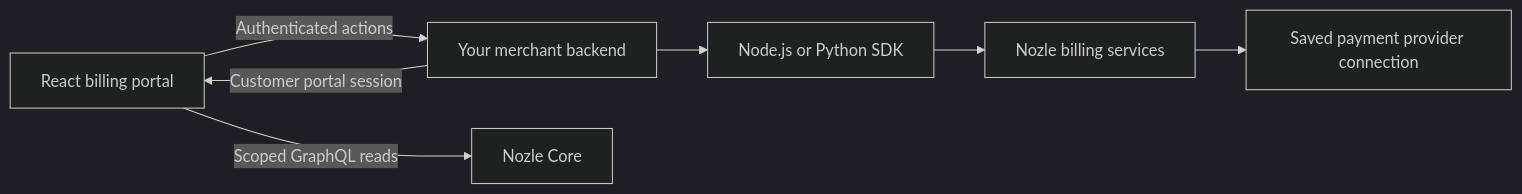
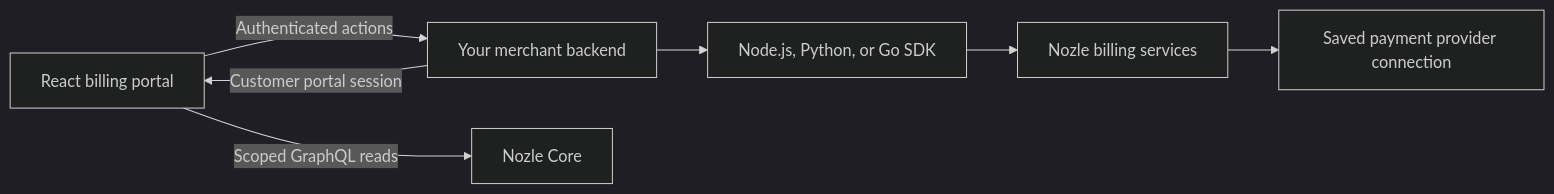
One commit to nozle-dev/NozleDocs changed the diagram in sdks/react/billing-portal.mdx. Above: the diagram before and after it, drawn with Mermaid (dark theme). The commit also changed other lines of this file and 15 other files, not shown here.

````diff
--- a/sdks/react/billing-portal.mdx
+++ b/sdks/react/billing-portal.mdx
@@ -32,9 +38,9 @@
 ```mermaid
 flowchart LR
   Portal[React billing portal] -->|Authenticated actions| App[Your merchant backend]
-  App --> SDK[Node.js or Python SDK]
+  App --> SDK[Node.js, Python, or Go SDK]
   SDK --> Nozle[Nozle billing services]
   Nozle --> Provider[Saved payment provider connection]
   App -->|Customer portal session| Portal
   Portal -->|Scoped GraphQL reads| Core[Nozle Core]
 ```
````
